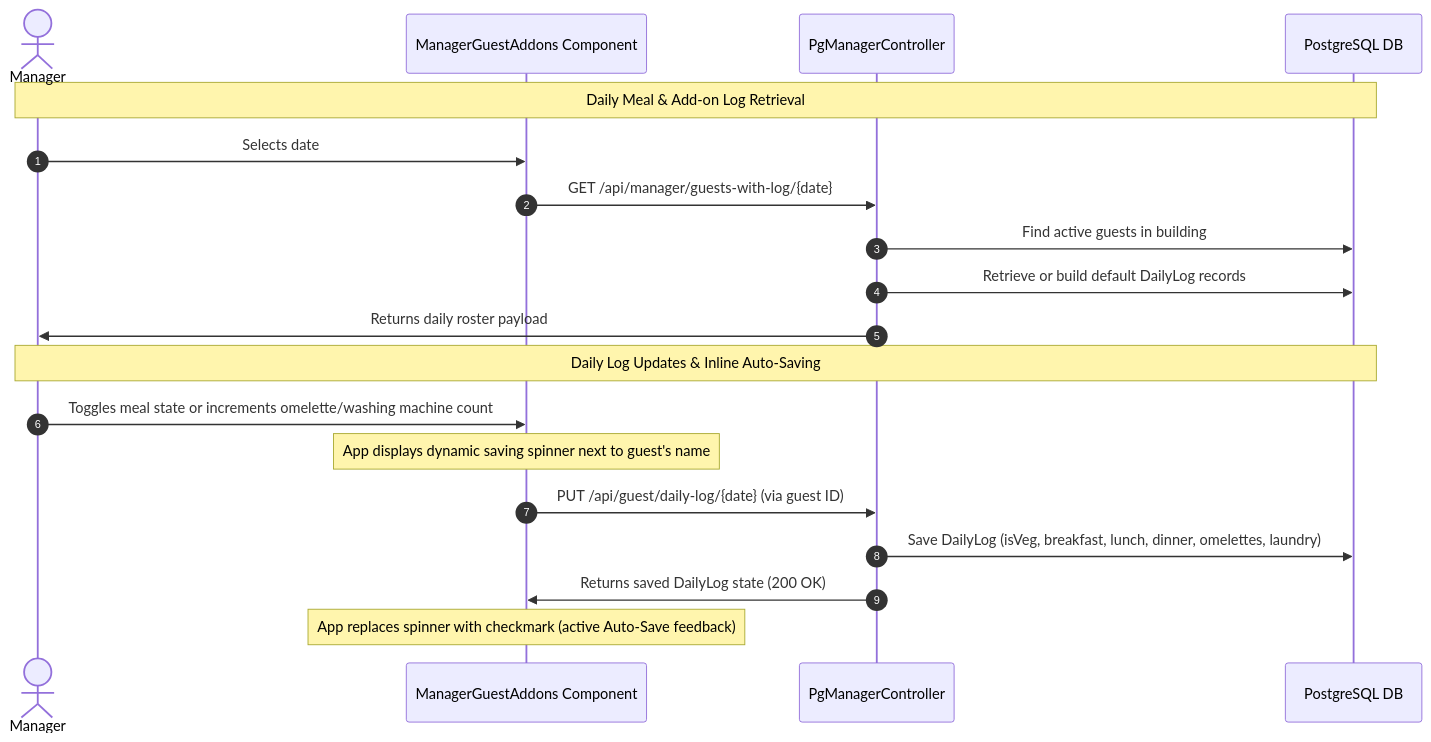
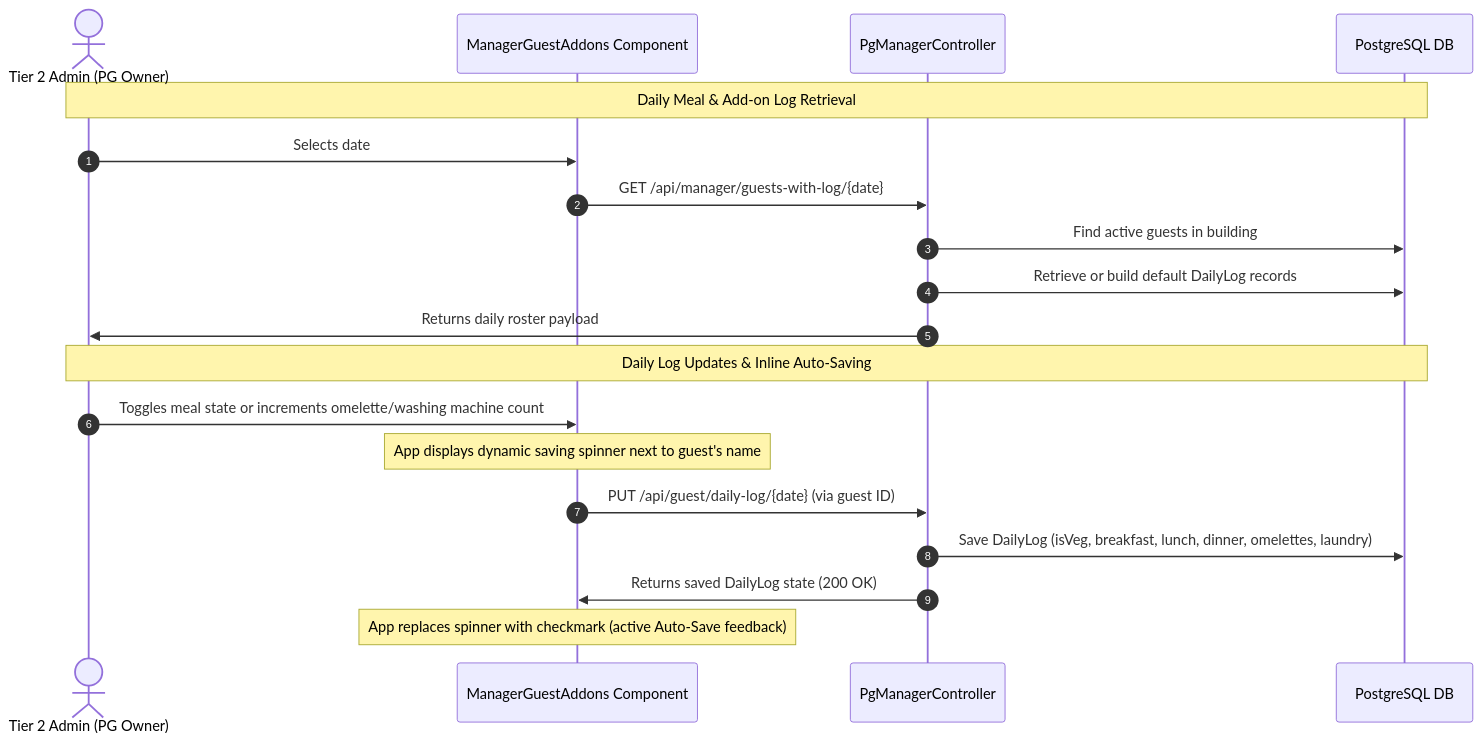
The fourth of 21 diagrams in docs/WORKFLOWS.md (rahul-0906/PG-Project), drawn with Mermaid before and after one commit. The commit also changed other lines of this file and 7 other files, not shown here.

Commit message:
Comprehensive documentation overhaul: update 4-tier roles, workflows, calculations, architecture, and onboarding SOP

````diff
--- a/docs/WORKFLOWS.md
+++ b/docs/WORKFLOWS.md
@@ -120,23 +131,23 @@
 ```mermaid
 sequenceDiagram
     autonumber
-    actor Manager
+    actor Admin as Tier 2 Admin (PG Owner)
     participant App as ManagerGuestAddons Component
     participant Controller as PgManagerController
     participant DB as PostgreSQL DB
 
-    Note over Manager, DB: Daily Meal & Add-on Log Retrieval
-    Manager->>App: Selects date
+    Note over Admin, DB: Daily Meal & Add-on Log Retrieval
+    Admin->>App: Selects date
     App->>Controller: GET /api/manager/guests-with-log/{date}
     Controller->>DB: Find active guests in building
     Controller->>DB: Retrieve or build default DailyLog records
-    Controller->>Manager: Returns daily roster payload
+    Controller->>Admin: Returns daily roster payload
     
-    Note over Manager, DB: Daily Log Updates & Inline Auto-Saving
-    Manager->>App: Toggles meal state or increments omelette/washing machine count
+    Note over Admin, DB: Daily Log Updates & Inline Auto-Saving
+    Admin->>App: Toggles meal state or increments omelette/washing machine count
     Note over App: App displays dynamic saving spinner next to guest's name
     App->>Controller: PUT /api/guest/daily-log/{date} (via guest ID)
     Controller->>DB: Save DailyLog (isVeg, breakfast, lunch, dinner, omelettes, laundry)
     Controller->>App: Returns saved DailyLog state (200 OK)
     Note over App: App replaces spinner with checkmark (active Auto-Save feedback)
 ```
````
